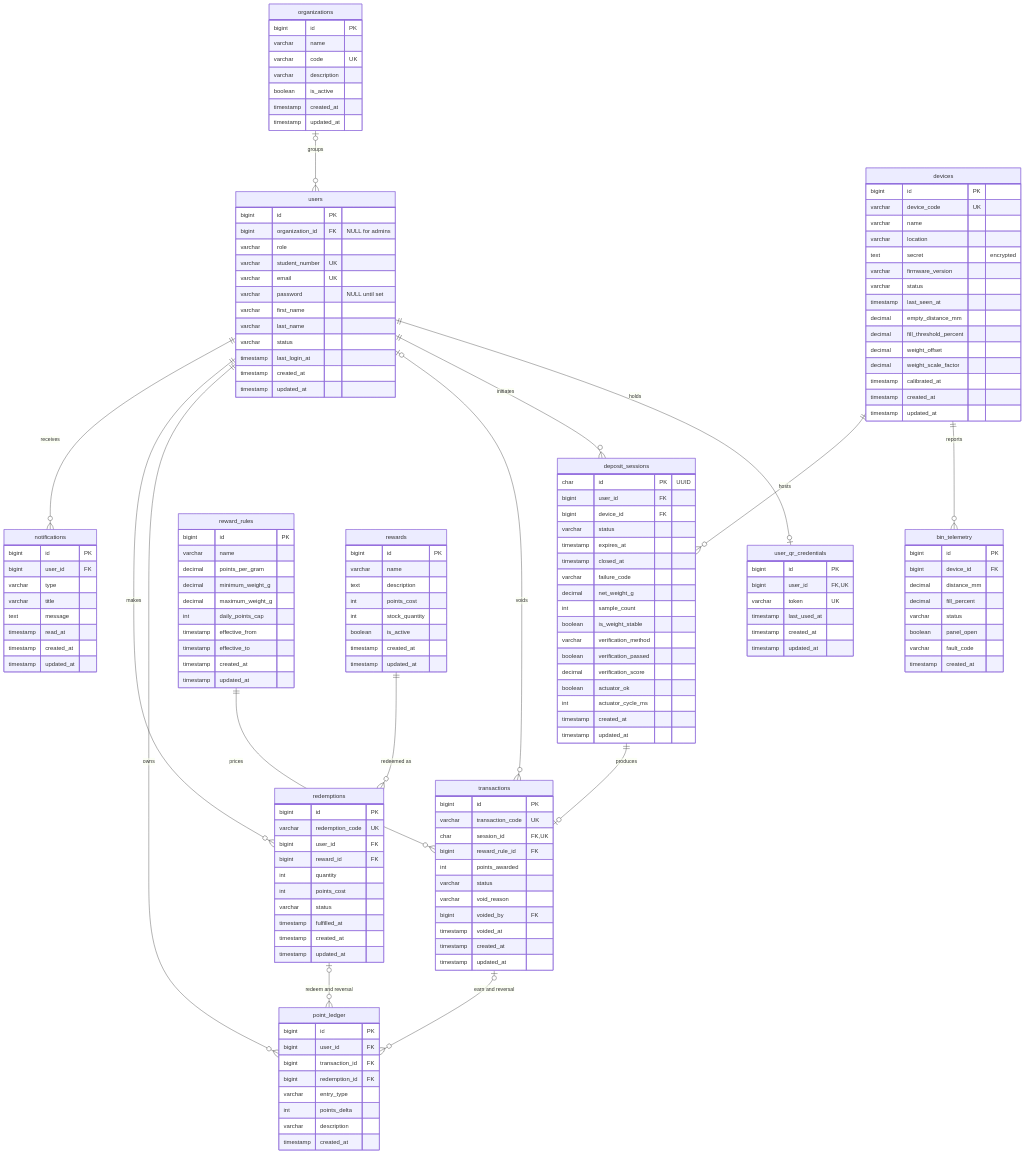
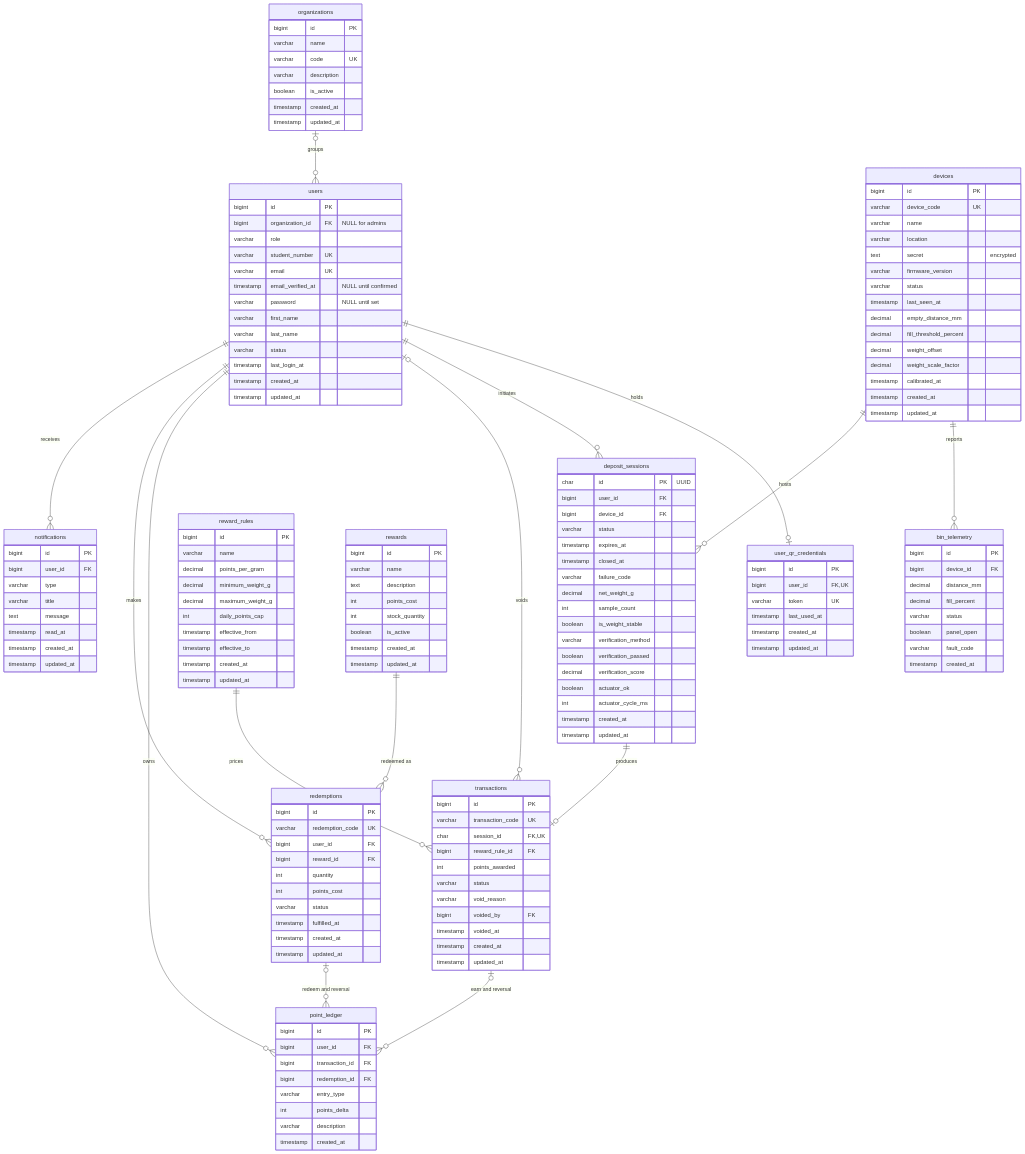
The diagram in docs/Database_ERD.mmd (LPU-EMBL02E/smart-e-waste), drawn with Mermaid before and after one commit. The commit also changed 3 other files, not shown here.

```diff
--- a/docs/Database_ERD.mmd
+++ b/docs/Database_ERD.mmd
@@ -1,171 +1,172 @@
 erDiagram
     organizations {
         bigint id PK
         varchar name
         varchar code UK
         varchar description
         boolean is_active
         timestamp created_at
         timestamp updated_at
     }
 
     users {
         bigint id PK
         bigint organization_id FK "NULL for admins"
         varchar role
         varchar student_number UK
         varchar email UK
+        timestamp email_verified_at "NULL until confirmed"
         varchar password "NULL until set"
         varchar first_name
         varchar last_name
         varchar status
         timestamp last_login_at
         timestamp created_at
         timestamp updated_at
     }
 
     user_qr_credentials {
         bigint id PK
         bigint user_id FK, UK
         varchar token UK
         timestamp last_used_at
         timestamp created_at
         timestamp updated_at
     }
 
     devices {
         bigint id PK
         varchar device_code UK
         varchar name
         varchar location
         text secret "encrypted"
         varchar firmware_version
         varchar status
         timestamp last_seen_at
         decimal empty_distance_mm
         decimal fill_threshold_percent
         decimal weight_offset
         decimal weight_scale_factor
         timestamp calibrated_at
         timestamp created_at
         timestamp updated_at
     }
 
     bin_telemetry {
         bigint id PK
         bigint device_id FK
         decimal distance_mm
         decimal fill_percent
         varchar status
         boolean panel_open
         varchar fault_code
         timestamp created_at
     }
 
     deposit_sessions {
         char id PK "UUID"
         bigint user_id FK
         bigint device_id FK
         varchar status
         timestamp expires_at
         timestamp closed_at
         varchar failure_code
         decimal net_weight_g
         int sample_count
         boolean is_weight_stable
         varchar verification_method
         boolean verification_passed
         decimal verification_score
         boolean actuator_ok
         int actuator_cycle_ms
         timestamp created_at
         timestamp updated_at
     }
 
     reward_rules {
         bigint id PK
         varchar name
         decimal points_per_gram
         decimal minimum_weight_g
         decimal maximum_weight_g
         int daily_points_cap
         timestamp effective_from
         timestamp effective_to
         timestamp created_at
         timestamp updated_at
     }
 
     transactions {
         bigint id PK
         varchar transaction_code UK
         char session_id FK, UK
         bigint reward_rule_id FK
         int points_awarded
         varchar status
         varchar void_reason
         bigint voided_by FK
         timestamp voided_at
         timestamp created_at
         timestamp updated_at
     }
 
     point_ledger {
         bigint id PK
         bigint user_id FK
         bigint transaction_id FK
         bigint redemption_id FK
         varchar entry_type
         int points_delta
         varchar description
         timestamp created_at
     }
 
     rewards {
         bigint id PK
         varchar name
         text description
         int points_cost
         int stock_quantity
         boolean is_active
         timestamp created_at
         timestamp updated_at
     }
 
     redemptions {
         bigint id PK
         varchar redemption_code UK
         bigint user_id FK
         bigint reward_id FK
         int quantity
         int points_cost
         varchar status
         timestamp fulfilled_at
         timestamp created_at
         timestamp updated_at
     }
 
     notifications {
         bigint id PK
         bigint user_id FK
         varchar type
         varchar title
         text message
         timestamp read_at
         timestamp created_at
         timestamp updated_at
     }
 
     organizations |o--o{ users : "groups"
     users ||--o| user_qr_credentials : "holds"
     users ||--o{ deposit_sessions : "initiates"
     devices ||--o{ bin_telemetry : "reports"
     devices ||--o{ deposit_sessions : "hosts"
     deposit_sessions ||--o| transactions : "produces"
     reward_rules ||--o{ transactions : "prices"
     users |o--o{ transactions : "voids"
     users ||--o{ point_ledger : "owns"
     transactions |o--o{ point_ledger : "earn and reversal"
     redemptions |o--o{ point_ledger : "redeem and reversal"
     users ||--o{ redemptions : "makes"
     rewards ||--o{ redemptions : "redeemed as"
     users ||--o{ notifications : "receives"
```
